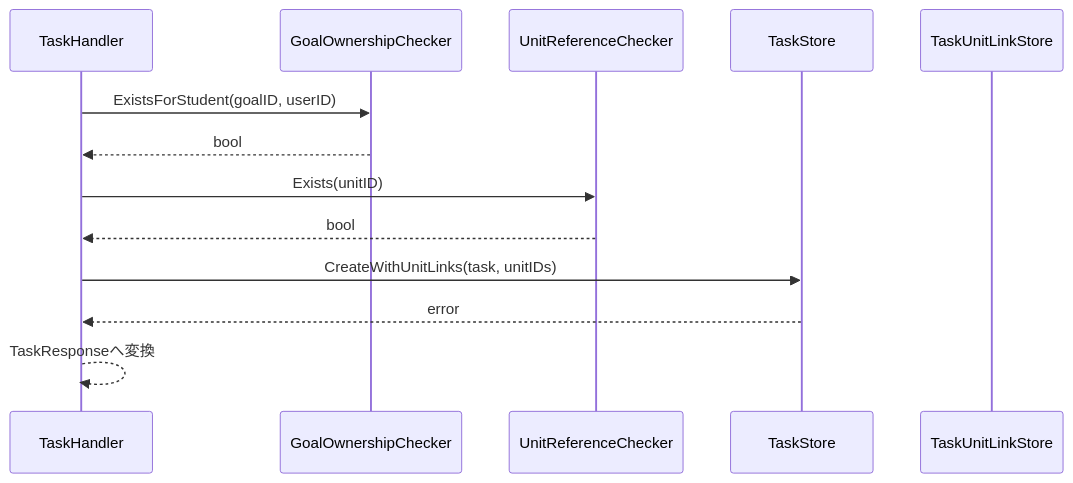
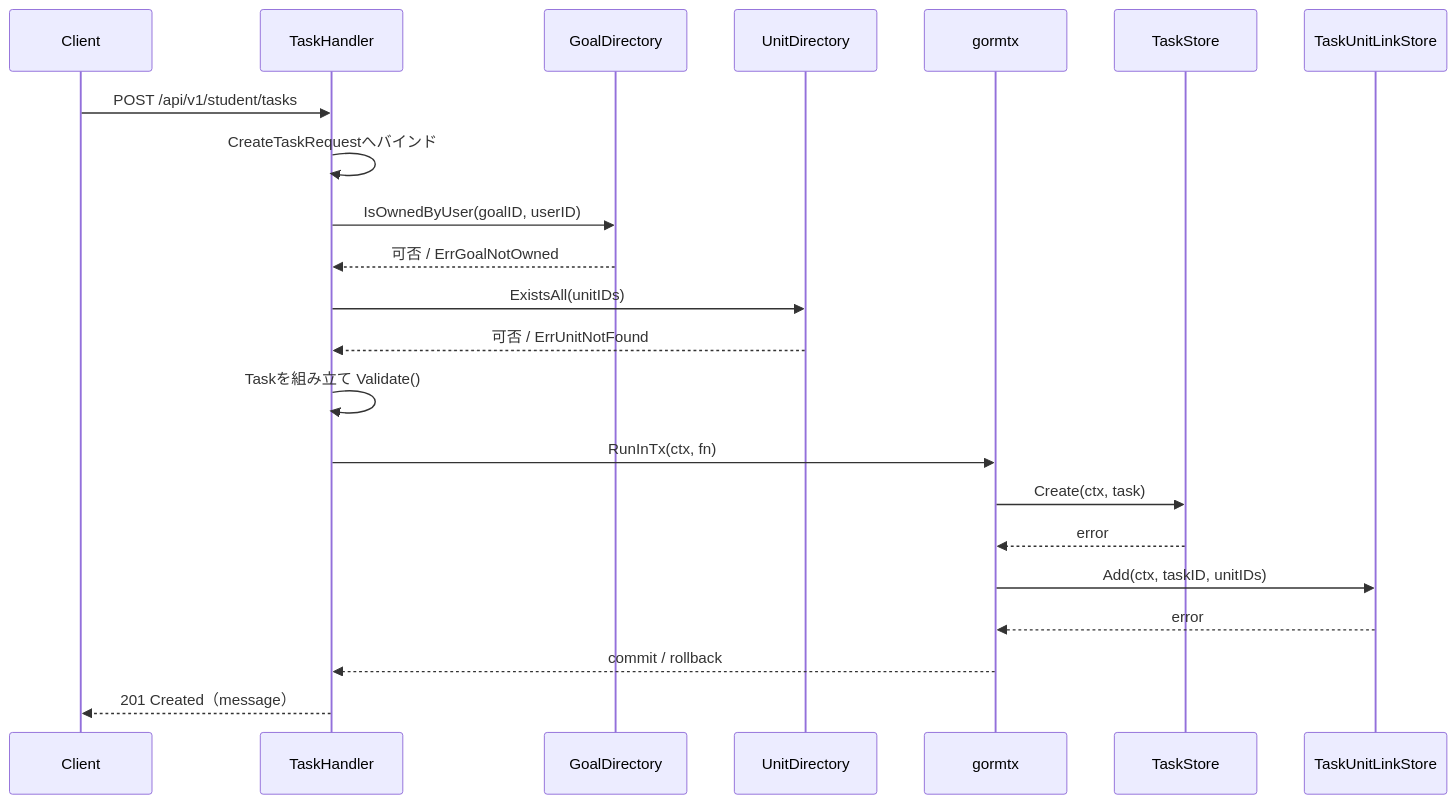
One commit to yuta20253/edu-platform-go-design changed the third of 7 diagrams in 計画書/Go実装仕様書/タスク管理機能_Go実装仕様書.md. Above: the diagram before and after it, drawn with Mermaid. The commit also changed other lines of this file, not shown here.

````diff
--- a/計画書/Go実装仕様書/タスク管理機能_Go実装仕様書.md
+++ b/計画書/Go実装仕様書/タスク管理機能_Go実装仕様書.md
@@ -311,16 +402,25 @@
 ```mermaid
 sequenceDiagram
+    participant C as Client
     participant H as TaskHandler
-    participant GC as GoalOwnershipChecker
-    participant UC as UnitReferenceChecker
+    participant GD as GoalDirectory
+    participant UD as UnitDirectory
+    participant TX as gormtx
     participant TS as TaskStore
     participant TULS as TaskUnitLinkStore
 
-    H->>GC: ExistsForStudent(goalID, userID)
-    GC-->>H: bool
-    H->>UC: Exists(unitID)
-    UC-->>H: bool
-    H->>TS: CreateWithUnitLinks(task, unitIDs)
-    TS-->>H: error
-    H-->>H: TaskResponseへ変換
+    C->>H: POST /api/v1/student/tasks
+    H->>H: CreateTaskRequestへバインド
+    H->>GD: IsOwnedByUser(goalID, userID)
+    GD-->>H: 可否 / ErrGoalNotOwned
+    H->>UD: ExistsAll(unitIDs)
+    UD-->>H: 可否 / ErrUnitNotFound
+    H->>H: Taskを組み立て Validate()
+    H->>TX: RunInTx(ctx, fn)
+    TX->>TS: Create(ctx, task)
+    TS-->>TX: error
+    TX->>TULS: Add(ctx, taskID, unitIDs)
+    TULS-->>TX: error
+    TX-->>H: commit / rollback
+    H-->>C: 201 Created（message）
 ```
````
